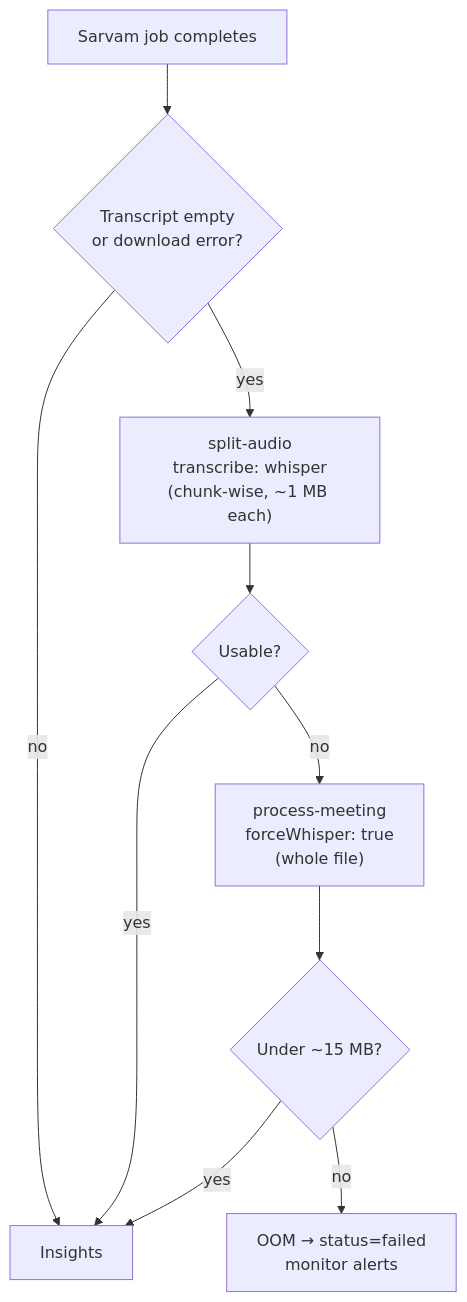
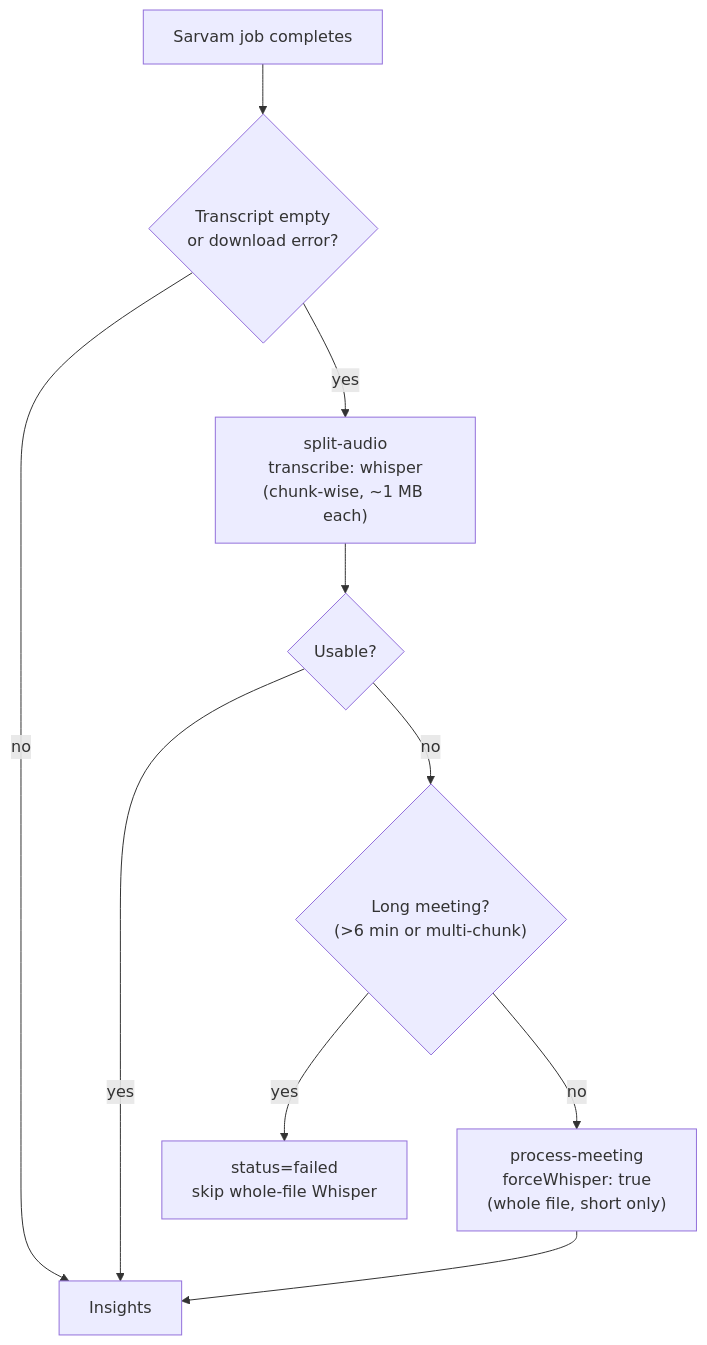
Before and after one commit to AmaanBarmare/echobrief: the third of 3 diagrams in docs/pipeline.md, drawn with Mermaid. The commit also changed other lines of this file and 9 other files, not shown here.

First line of the commit message:
Route every long meeting's Whisper fallback through the splitter

````diff
--- a/docs/pipeline.md
+++ b/docs/pipeline.md
@@ -215,12 +215,12 @@
 ```mermaid
 flowchart TD
     A["Sarvam job completes"] --> B{"Transcript empty<br/>or download error?"}
     B -->|no| Z["Insights"]
     B -->|yes| C["split-audio<br/>transcribe: whisper<br/>(chunk-wise, ~1 MB each)"]
     C --> D{"Usable?"}
     D -->|yes| Z
-    D -->|no| E["process-meeting<br/>forceWhisper: true<br/>(whole file)"]
-    E --> F{"Under ~15 MB?"}
-    F -->|yes| Z
-    F -->|no| G["OOM → status=failed<br/>monitor alerts"]
+    D -->|no| L{"Long meeting?<br/>(>6 min or multi-chunk)"}
+    L -->|yes| G["status=failed<br/>skip whole-file Whisper"]
+    L -->|no| E["process-meeting<br/>forceWhisper: true<br/>(whole file, short only)"]
+    E --> Z
 ```
````
